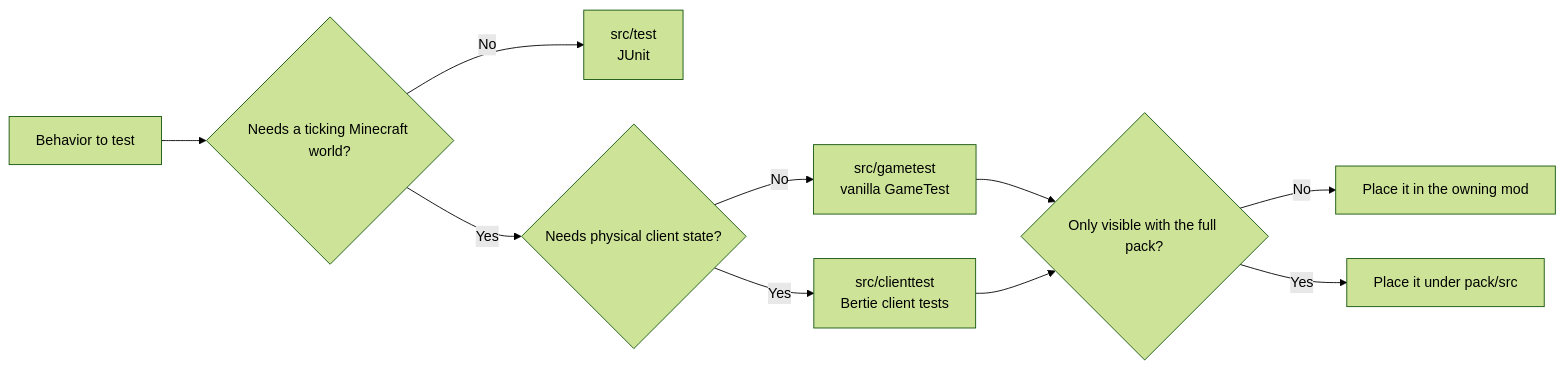
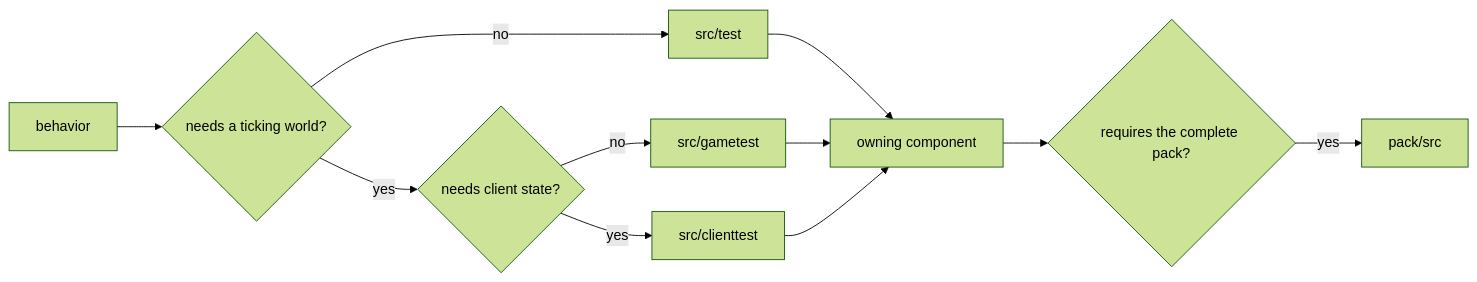
The first of 2 diagrams in docs/testing.md (bertie-mc/bertie), drawn with Mermaid (forest theme) before and after one commit. The commit also changed other lines of this file and 3 other files, not shown here.

````diff
--- a/docs/testing.md
+++ b/docs/testing.md
@@ -14,12 +15,13 @@
 ```mermaid
 flowchart LR
-    A["Behavior to test"] --> B{"Needs a ticking Minecraft world?"}
-    B -- No --> U["src/test<br/>JUnit"]
-    B -- Yes --> C{"Needs physical client state?"}
-    C -- No --> G["src/gametest<br/>vanilla GameTest"]
-    C -- Yes --> T["src/clienttest<br/>Bertie client tests"]
-    G --> P{"Only visible with the full pack?"}
-    T --> P
-    P -- No --> M["Place it in the owning mod"]
-    P -- Yes --> F["Place it under pack/src"]
+    A["behavior"] --> W{"needs a ticking world?"}
+    W -- no --> U["src/test"]
+    W -- yes --> C{"needs client state?"}
+    C -- no --> G["src/gametest"]
+    C -- yes --> T["src/clienttest"]
+    U --> O["owning component"]
+    G --> O
+    T --> O
+    O --> P{"requires the complete pack?"}
+    P -- yes --> F["pack/src"]
 ```
````
